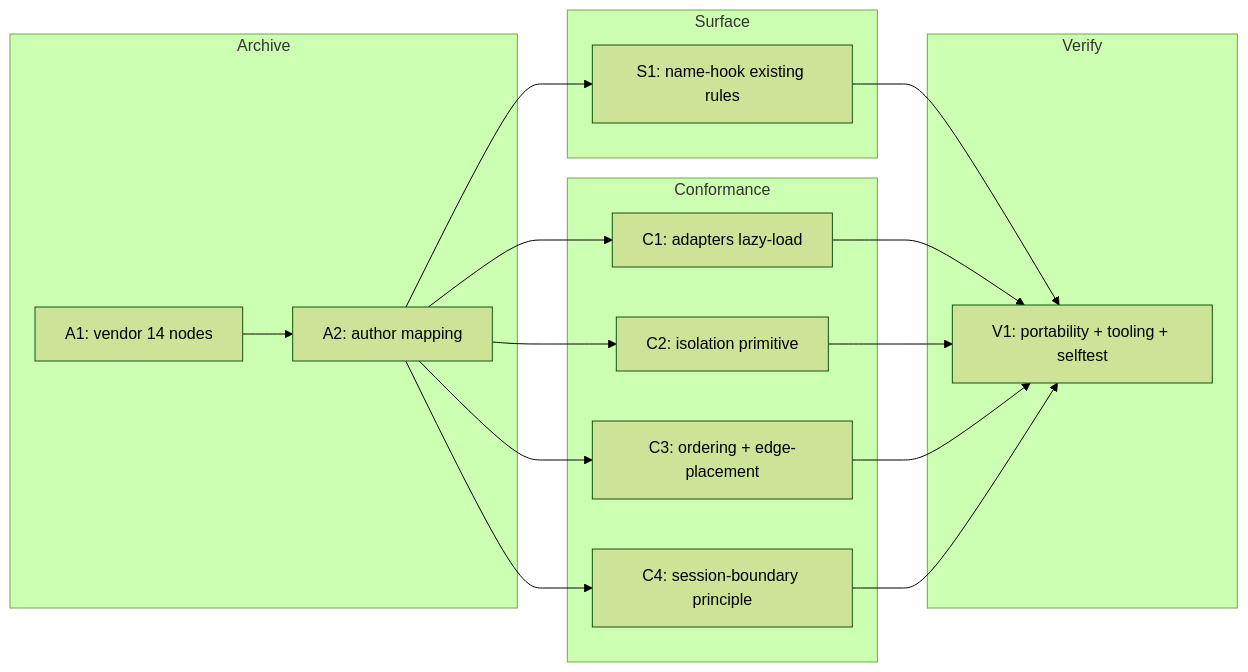
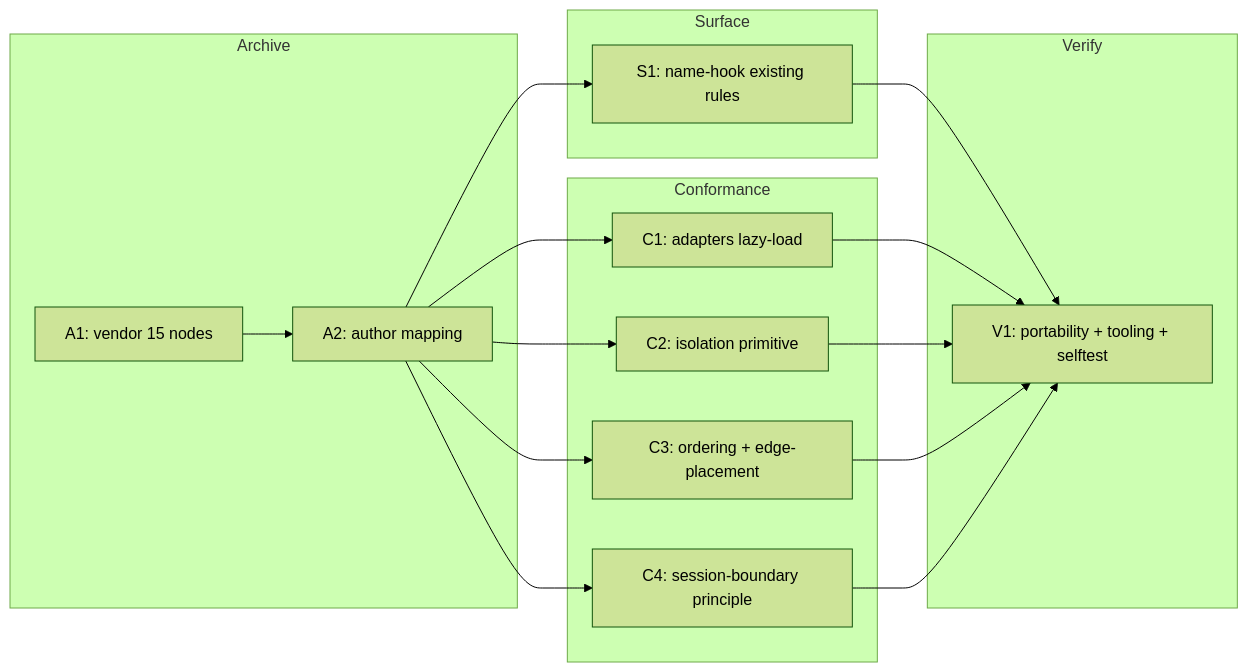
The diagram in docs/features/260619-context-engineering-knowledges-grounding/plan.md (mynghn/leanplan), drawn with Mermaid (forest theme) before and after one commit. The commit also changed other lines of this file and 18 other files, not shown here.

First line of the commit message:
feat(ce-grounding): vendor 15 distilled CE nodes [A1]; correct closure 14->15

````diff
--- a/docs/features/260619-context-engineering-knowledges-grounding/plan.md
+++ b/docs/features/260619-context-engineering-knowledges-grounding/plan.md
@@ -12,28 +12,28 @@
 ```mermaid
 flowchart LR
     subgraph A [Archive]
-        A1[A1: vendor 14 nodes] --> A2[A2: author mapping]
+        A1[A1: vendor 15 nodes] --> A2[A2: author mapping]
     end
     subgraph S [Surface]
         S1[S1: name-hook existing rules]
     end
     subgraph C [Conformance]
         C1[C1: adapters lazy-load]
         C2[C2: isolation primitive]
         C3[C3: ordering + edge-placement]
         C4[C4: session-boundary principle]
     end
     subgraph V [Verify]
         V1[V1: portability + tooling + selftest]
     end
     A2 --> S1
     A2 --> C1
     A2 --> C2
     A2 --> C3
     A2 --> C4
     S1 --> V1
     C1 --> V1
     C2 --> V1
     C3 --> V1
     C4 --> V1
 ```
````
